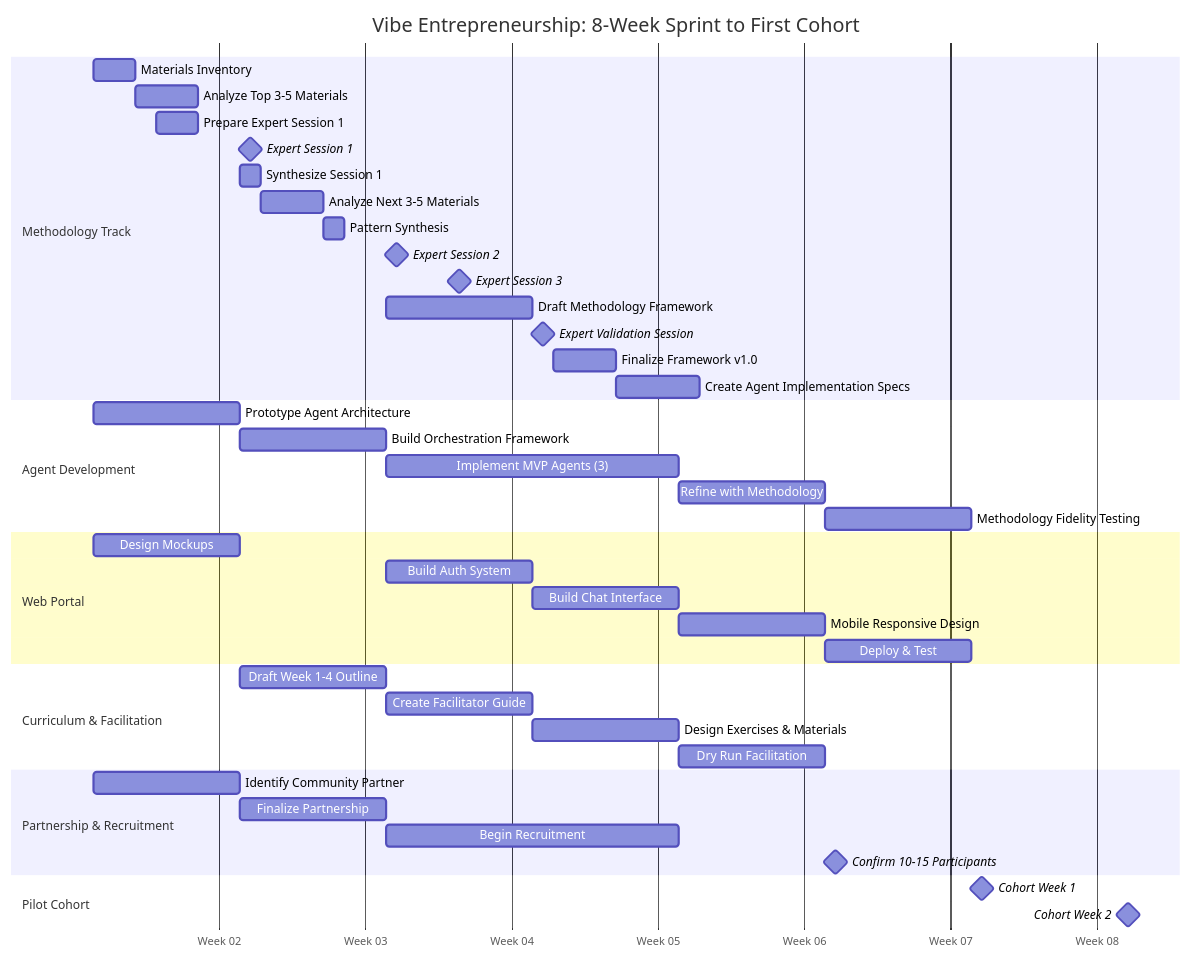
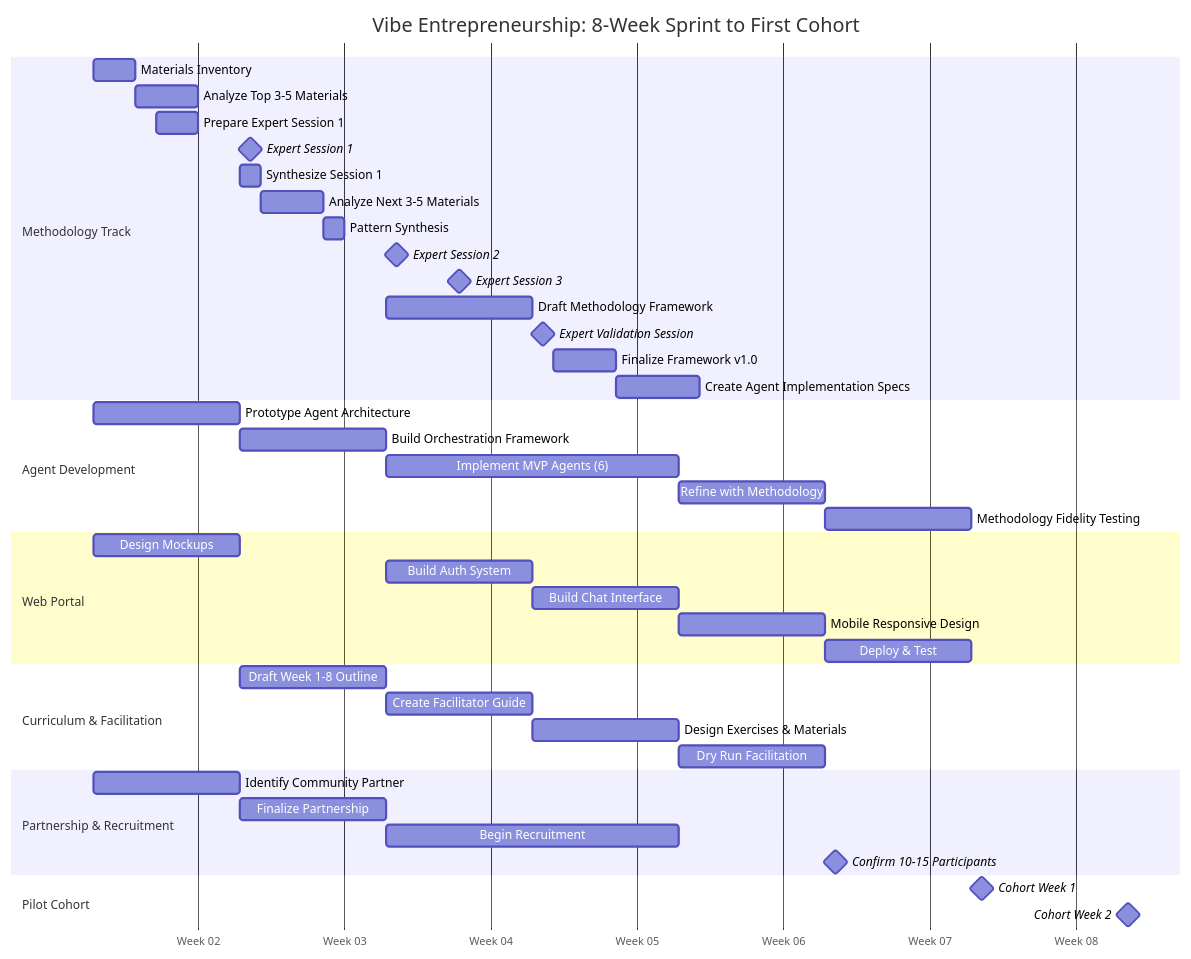
One commit to thedakr/ventre_prod_pi changed the first of 10 diagrams in docs/VISUAL-ROADMAP.md. Above: the diagram before and after it, drawn with Mermaid. The commit also changed other lines of this file and 2 other files, not shown here.

First line of the commit message:
Update phase structure to Phase 1-6 with calendar dates and timeline flexibility

````diff
--- a/docs/VISUAL-ROADMAP.md
+++ b/docs/VISUAL-ROADMAP.md
@@ -9,51 +9,51 @@
 ```mermaid
 gantt
     title Vibe Entrepreneurship: 8-Week Sprint to First Cohort
     dateFormat YYYY-MM-DD
     axisFormat Week %U
 
     section Methodology Track
-    Materials Inventory           :m1, 2025-01-06, 2d
-    Analyze Top 3-5 Materials    :m2, 2025-01-08, 3d
-    Prepare Expert Session 1      :m3, 2025-01-09, 2d
-    Expert Session 1              :milestone, m4, 2025-01-13, 1d
-    Synthesize Session 1          :m5, 2025-01-13, 1d
-    Analyze Next 3-5 Materials    :m6, 2025-01-14, 3d
-    Pattern Synthesis             :m7, 2025-01-17, 1d
-    Expert Session 2              :milestone, m8, 2025-01-20, 1d
-    Expert Session 3              :milestone, m9, 2025-01-23, 1d
-    Draft Methodology Framework   :m10, 2025-01-20, 7d
-    Expert Validation Session     :milestone, m11, 2025-01-27, 1d
-    Finalize Framework v1.0       :m12, 2025-01-28, 3d
-    Create Agent Implementation Specs :m13, 2025-01-31, 4d
+    Materials Inventory           :m1, 2026-01-06, 2d
+    Analyze Top 3-5 Materials    :m2, 2026-01-08, 3d
+    Prepare Expert Session 1      :m3, 2026-01-09, 2d
+    Expert Session 1              :milestone, m4, 2026-01-13, 1d
+    Synthesize Session 1          :m5, 2026-01-13, 1d
+    Analyze Next 3-5 Materials    :m6, 2026-01-14, 3d
+    Pattern Synthesis             :m7, 2026-01-17, 1d
+    Expert Session 2              :milestone, m8, 2026-01-20, 1d
+    Expert Session 3              :milestone, m9, 2026-01-23, 1d
+    Draft Methodology Framework   :m10, 2026-01-20, 7d
+    Expert Validation Session     :milestone, m11, 2026-01-27, 1d
+    Finalize Framework v1.0       :m12, 2026-01-28, 3d
+    Create Agent Implementation Specs :m13, 2026-01-31, 4d
 
     section Agent Development
-    Prototype Agent Architecture  :a1, 2025-01-06, 7d
-    Build Orchestration Framework :a2, 2025-01-13, 7d
-    Implement MVP Agents (3)      :a3, 2025-01-20, 14d
-    Refine with Methodology       :a4, 2025-02-03, 7d
-    Methodology Fidelity Testing  :a5, 2025-02-10, 7d
+    Prototype Agent Architecture  :a1, 2026-01-06, 7d
+    Build Orchestration Framework :a2, 2026-01-13, 7d
+    Implement MVP Agents (6)      :a3, 2026-01-20, 14d
+    Refine with Methodology       :a4, 2026-02-03, 7d
+    Methodology Fidelity Testing  :a5, 2026-02-10, 7d
 
     section Web Portal
-    Design Mockups                :w1, 2025-01-06, 7d
-    Build Auth System             :w2, 2025-01-20, 7d
-    Build Chat Interface          :w3, 2025-01-27, 7d
-    Mobile Responsive Design      :w4, 2025-02-03, 7d
-    Deploy & Test                 :w5, 2025-02-10, 7d
+    Design Mockups                :w1, 2026-01-06, 7d
+    Build Auth System             :w2, 2026-01-20, 7d
+    Build Chat Interface          :w3, 2026-01-27, 7d
+    Mobile Responsive Design      :w4, 2026-02-03, 7d
+    Deploy & Test                 :w5, 2026-02-10, 7d
 
     section Curriculum & Facilitation
-    Draft Week 1-4 Outline        :c1, 2025-01-13, 7d
-    Create Facilitator Guide      :c2, 2025-01-20, 7d
-    Design Exercises & Materials  :c3, 2025-01-27, 7d
-    Dry Run Facilitation          :c4, 2025-02-03, 7d
+    Draft Week 1-8 Outline        :c1, 2026-01-13, 7d
+    Create Facilitator Guide      :c2, 2026-01-20, 7d
+    Design Exercises & Materials  :c3, 2026-01-27, 7d
+    Dry Run Facilitation          :c4, 2026-02-03, 7d
 
     section Partnership & Recruitment
-    Identify Community Partner    :p1, 2025-01-06, 7d
-    Finalize Partnership          :p2, 2025-01-13, 7d
-    Begin Recruitment             :p3, 2025-01-20, 14d
-    Confirm 10-15 Participants    :milestone, p4, 2025-02-10, 1d
+    Identify Community Partner    :p1, 2026-01-06, 7d
+    Finalize Partnership          :p2, 2026-01-13, 7d
+    Begin Recruitment             :p3, 2026-01-20, 14d
+    Confirm 10-15 Participants    :milestone, p4, 2026-02-10, 1d
 
     section Pilot Cohort
-    Cohort Week 1                 :milestone, pilot1, 2025-02-17, 1d
-    Cohort Week 2                 :milestone, pilot2, 2025-02-24, 1d
+    Cohort Week 1                 :milestone, pilot1, 2026-02-17, 1d
+    Cohort Week 2                 :milestone, pilot2, 2026-02-24, 1d
 ```
````
